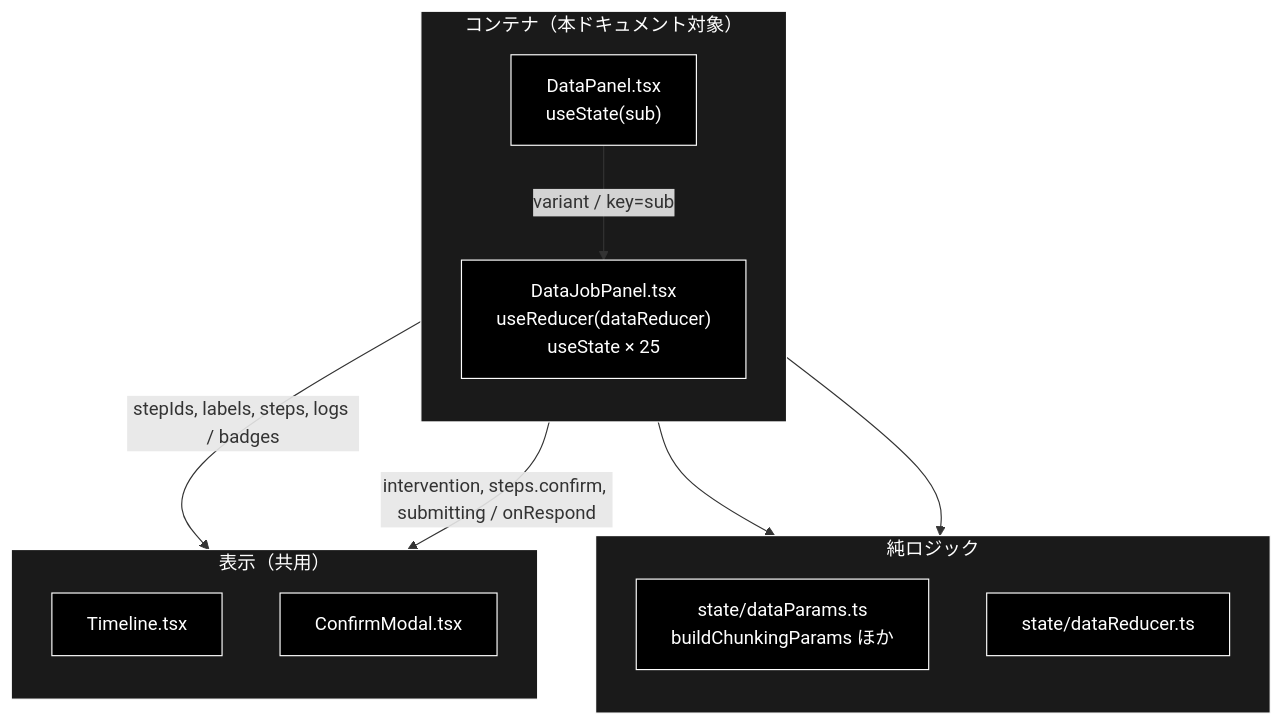
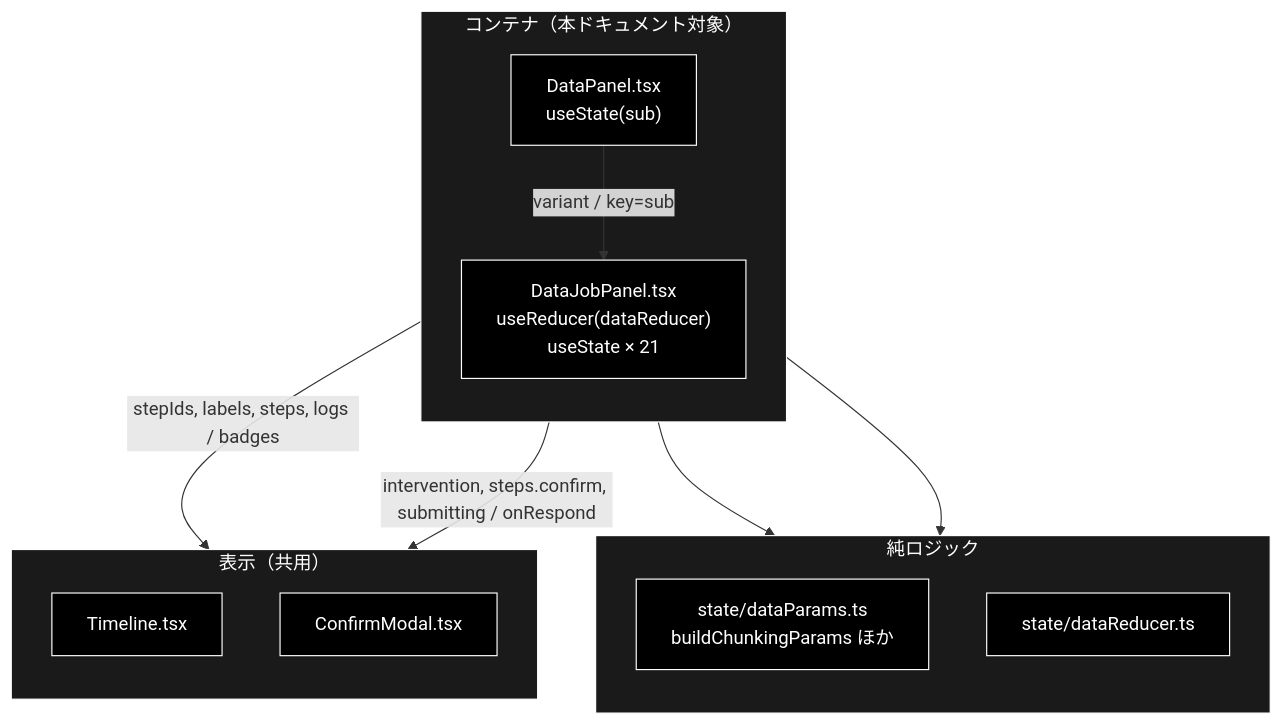
The first of 4 diagrams in frontend/docs/DataJobPanel.md (nakashima2toshio/grace_v2), drawn with Mermaid before and after one commit. The commit also changed other lines of this file and 11 other files, not shown here.

````diff
--- a/frontend/docs/DataJobPanel.md
+++ b/frontend/docs/DataJobPanel.md
@@ -71,29 +71,29 @@
 ```mermaid
 flowchart TB
     subgraph Container["コンテナ（本ドキュメント対象）"]
         direction TB
         DP["DataPanel.tsx<br>useState(sub)"]
-        DJ["DataJobPanel.tsx<br>useReducer(dataReducer)<br>useState × 25"]
+        DJ["DataJobPanel.tsx<br>useReducer(dataReducer)<br>useState × 21"]
     end
     subgraph Logic["純ロジック"]
         direction TB
         PARAMS["state/dataParams.ts<br>buildChunkingParams ほか"]
         RED["state/dataReducer.ts"]
     end
     subgraph Presentational["表示（共用）"]
         direction TB
         TL["Timeline.tsx"]
         CM["ConfirmModal.tsx"]
     end
     DP -->|"variant / key=sub"| DJ
     DJ --> PARAMS
     DJ --> RED
     DJ -->|"stepIds, labels, steps, logs / badges"| TL
     DJ -->|"intervention, steps.confirm, submitting / onRespond"| CM
 classDef default fill:#000,stroke:#fff,color:#fff
 classDef subgraphStyle fill:#1a1a1a,stroke:#fff,color:#fff
 class DP,DJ,PARAMS,RED,TL,CM default
 style Container fill:#1a1a1a,stroke:#fff,color:#fff
 style Logic fill:#1a1a1a,stroke:#fff,color:#fff
 style Presentational fill:#1a1a1a,stroke:#fff,color:#fff
 ```
````
